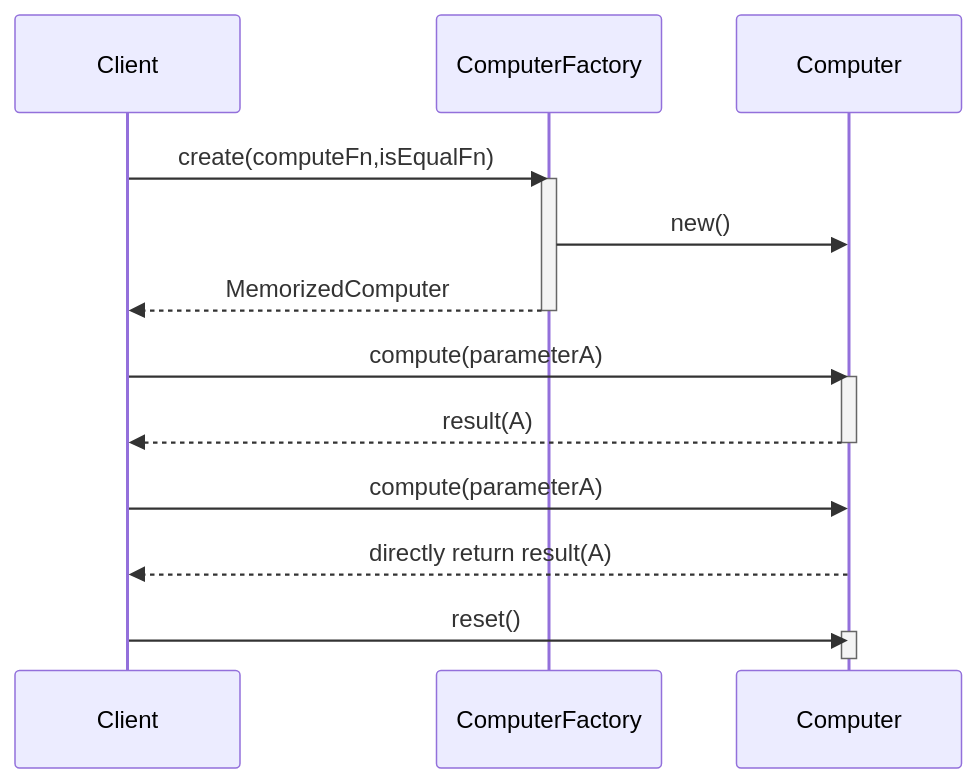
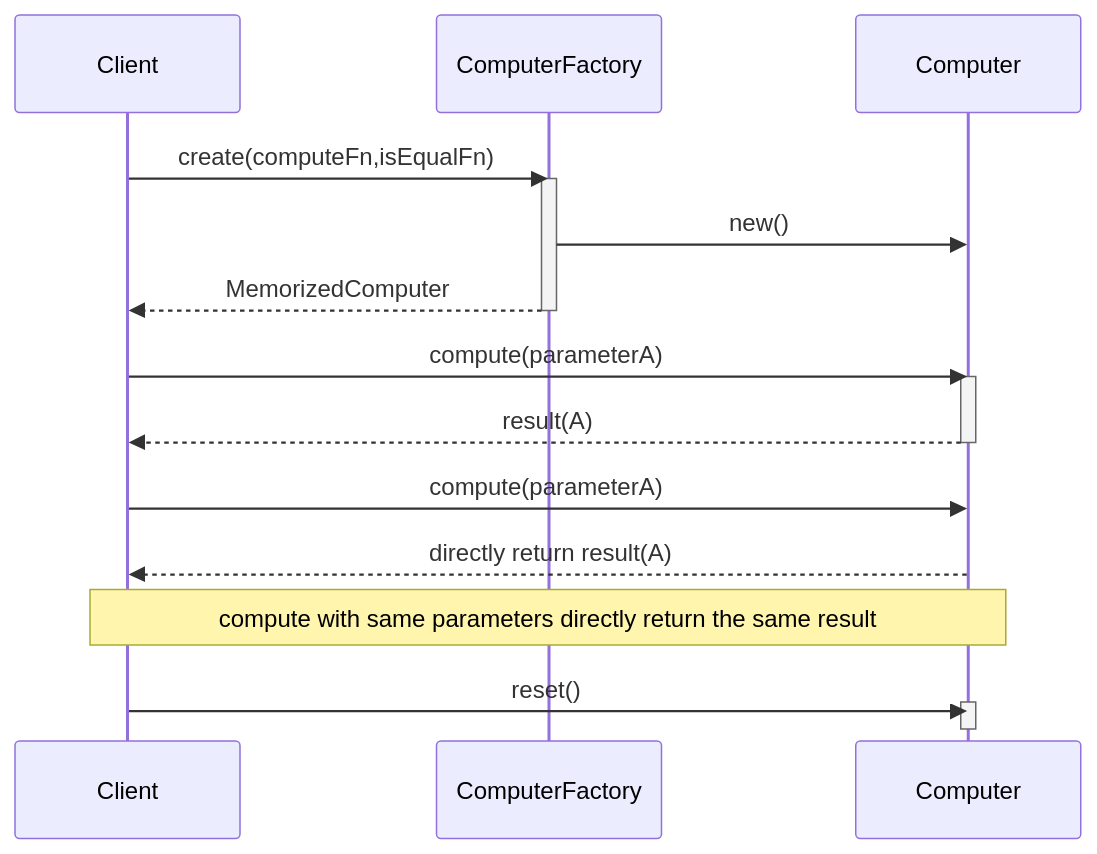
One commit to metasong/iam-data changed the diagram in documents/MemorizedCompute Pattern_210.md. Above: the diagram before and after it, drawn with Mermaid.

````diff
--- a/documents/MemorizedCompute Pattern_210.md
+++ b/documents/MemorizedCompute Pattern_210.md
@@ -40,21 +40,22 @@
 ```mermaid
 sequenceDiagram
 	participant C as Client
     participant F as ComputerFactory
     participant P as Computer
     C->>F:create(computeFn,isEqualFn)
     activate F
     F->>P:new()
     F-->>C:MemorizedComputer
     deactivate F
     C->>P:compute(parameterA)
     activate P
     P-->>C:result(A)
     deactivate P
     C->>P:compute(parameterA)
     P-->>C:directly return result(A)
+    Note over C, P: compute with same parameters directly return the same result
     C->>P:reset()
     activate P
     deactivate P
     
 ```
````
